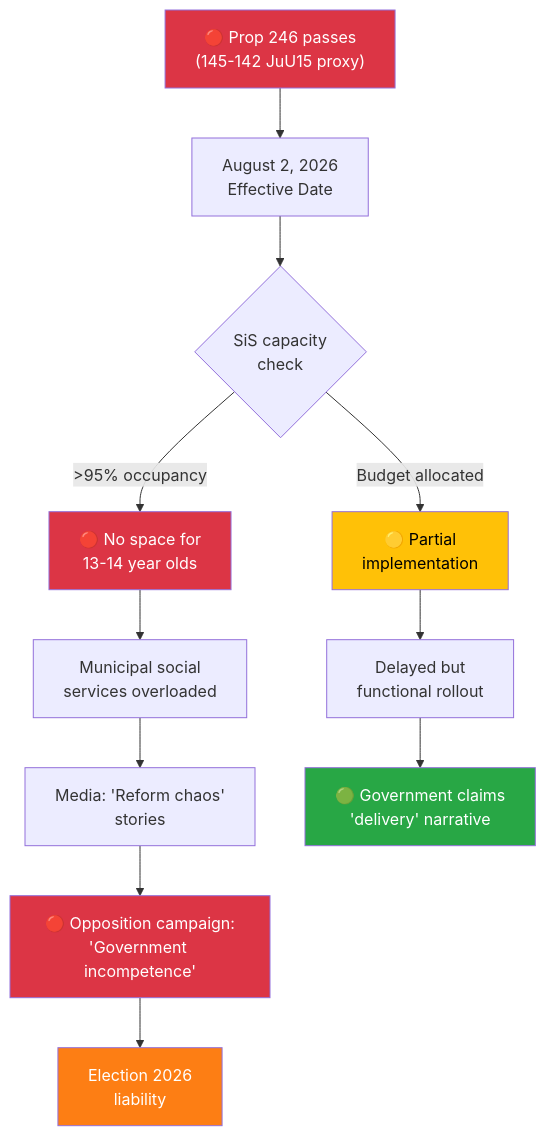
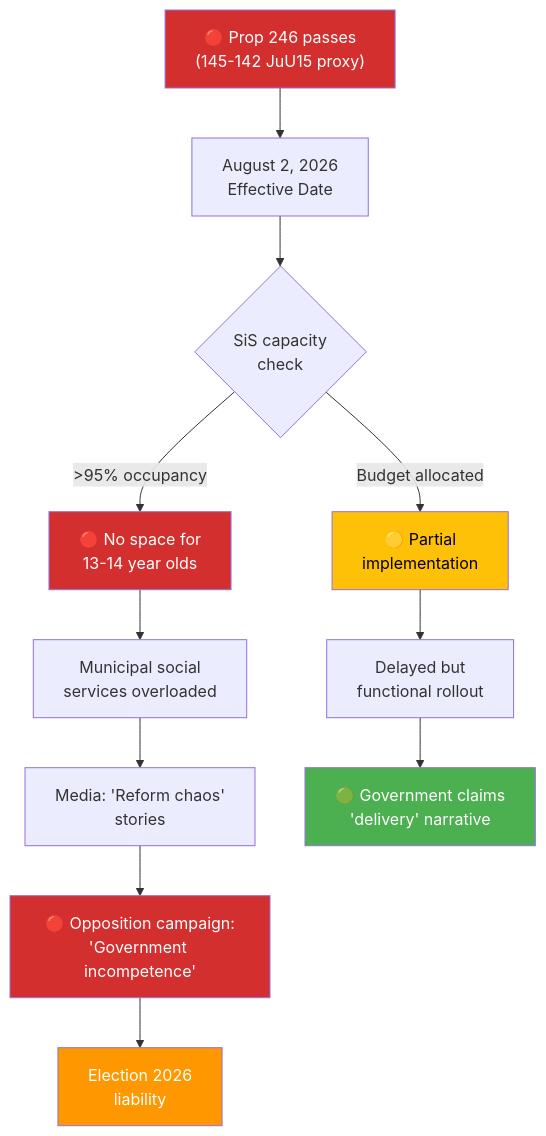
Before and after one commit to Hack23/riksdagsmonitor: the second of 3 diagrams in analysis/daily/2026-04-16/realtime-1244/risk-assessment.md, drawn with Mermaid. The commit also changed other lines of this file and 785 other files, not shown here.

First line of the commit message:
Normalize mermaid colors across 786 analysis artifacts to ISMS Style Guide palette

````diff
--- a/analysis/daily/2026-04-16/realtime-1244/risk-assessment.md
+++ b/analysis/daily/2026-04-16/realtime-1244/risk-assessment.md
@@ -106,20 +106,20 @@
 ```mermaid
 graph TD
     A["🔴 Prop 246 passes<br/>(145-142 JuU15 proxy)"] --> B["August 2, 2026<br/>Effective Date"]
     B --> C{"SiS capacity<br/>check"}
     C -->|">95% occupancy"| D["🔴 No space for<br/>13-14 year olds"]
     C -->|"Budget allocated"| E["🟡 Partial<br/>implementation"]
     D --> F["Municipal social<br/>services overloaded"]
     F --> G["Media: 'Reform chaos'<br/>stories"]
     G --> H["🔴 Opposition campaign:<br/>'Government incompetence'"]
     H --> I["Election 2026<br/>liability"]
     E --> J["Delayed but<br/>functional rollout"]
     J --> K["🟢 Government claims<br/>'delivery' narrative"]
 
-    style A fill:#dc3545,color:#fff
-    style D fill:#dc3545,color:#fff
-    style H fill:#dc3545,color:#fff
-    style I fill:#fd7e14,color:#fff
-    style E fill:#ffc107,color:#000
-    style K fill:#28a745,color:#fff
+    style A fill:#D32F2F,color:#FFFFFF
+    style D fill:#D32F2F,color:#FFFFFF
+    style H fill:#D32F2F,color:#FFFFFF
+    style I fill:#FF9800,color:#FFFFFF
+    style E fill:#FFC107,color:#000000
+    style K fill:#4CAF50,color:#FFFFFF
 ```
````
